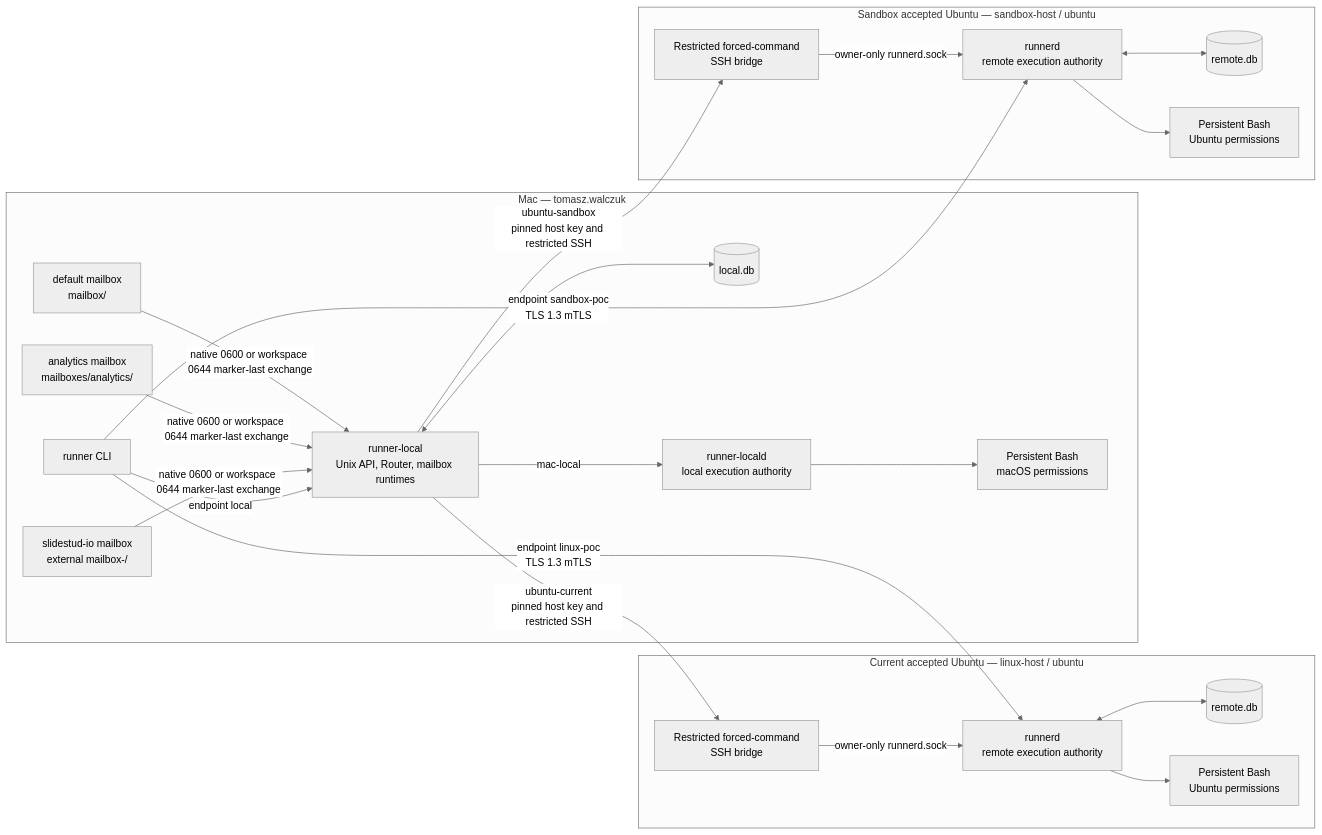
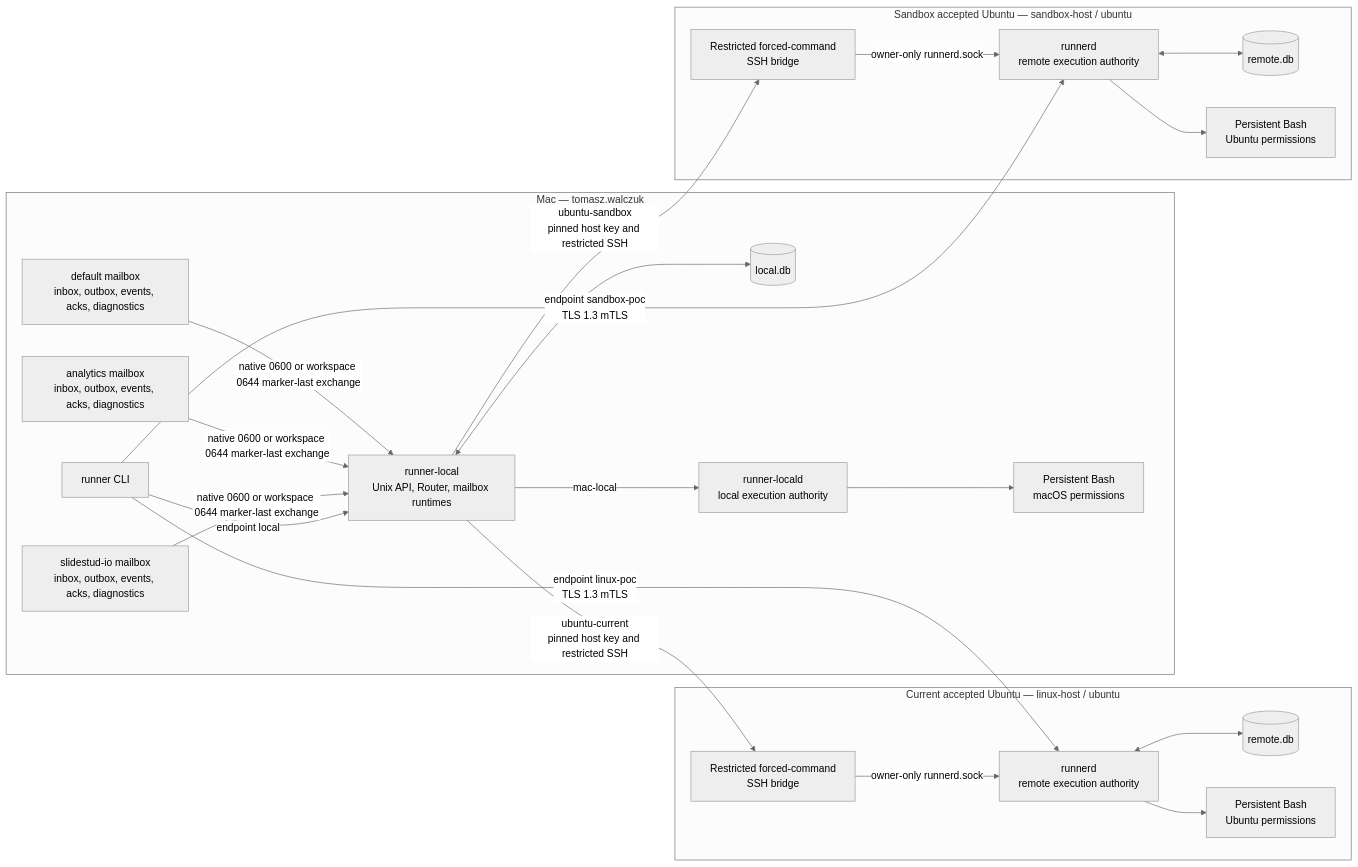
One commit to gavrilo123456/remote-session-runner changed the first of 5 diagrams in docs/architecture.md. Above: the diagram before and after it, drawn with Mermaid (neutral theme). The commit also changed other lines of this file and 11 other files, not shown here.

Commit message:
phase(P166): close malformed mailbox diagnostics

````diff
--- a/docs/architecture.md
+++ b/docs/architecture.md
@@ -26,46 +26,46 @@
 ```mermaid
 flowchart LR
   subgraph Mac[Mac — tomasz.walczuk]
     CLI[runner CLI]
-    Default[default mailbox\nmailbox/]
-    Analytics[analytics mailbox\nmailboxes/analytics/]
-    SlideStudio[slidestud-io mailbox\nexternal mailbox-/]
+    Default[default mailbox\ninbox, outbox, events, acks, diagnostics]
+    Analytics[analytics mailbox\ninbox, outbox, events, acks, diagnostics]
+    SlideStudio[slidestud-io mailbox\ninbox, outbox, events, acks, diagnostics]
     Router[runner-local\nUnix API, Router, mailbox runtimes]
     LocalDB[(local.db)]
     LocalD[runner-locald\nlocal execution authority]
     MacBash[Persistent Bash\nmacOS permissions]
 
     Default -->|native 0600 or workspace 0644 marker-last exchange| Router
     Analytics -->|native 0600 or workspace 0644 marker-last exchange| Router
     SlideStudio -->|native 0600 or workspace 0644 marker-last exchange| Router
     CLI -->|endpoint local| Router
     Router <--> LocalDB
     Router -->|mac-local| LocalD
     LocalD --> MacBash
   end
 
   subgraph CurrentUbuntu[Current accepted Ubuntu — linux-host / ubuntu]
     CurrentSSH[Restricted forced-command\nSSH bridge]
     CurrentRunnerD[runnerd\nremote execution authority]
     CurrentRemoteDB[(remote.db)]
     CurrentLinuxBash[Persistent Bash\nUbuntu permissions]
     CurrentSSH -->|owner-only runnerd.sock| CurrentRunnerD
     CurrentRunnerD <--> CurrentRemoteDB
     CurrentRunnerD --> CurrentLinuxBash
   end
 
   subgraph SandboxUbuntu[Sandbox accepted Ubuntu — sandbox-host / ubuntu]
     SandboxSSH[Restricted forced-command\nSSH bridge]
     SandboxRunnerD[runnerd\nremote execution authority]
     SandboxRemoteDB[(remote.db)]
     SandboxLinuxBash[Persistent Bash\nUbuntu permissions]
     SandboxSSH -->|owner-only runnerd.sock| SandboxRunnerD
     SandboxRunnerD <--> SandboxRemoteDB
     SandboxRunnerD --> SandboxLinuxBash
   end
 
   Router -->|ubuntu-current\npinned host key and restricted SSH| CurrentSSH
   Router -->|ubuntu-sandbox\npinned host key and restricted SSH| SandboxSSH
   CLI -->|endpoint linux-poc\nTLS 1.3 mTLS| CurrentRunnerD
   CLI -->|endpoint sandbox-poc\nTLS 1.3 mTLS| SandboxRunnerD
 ```
````
